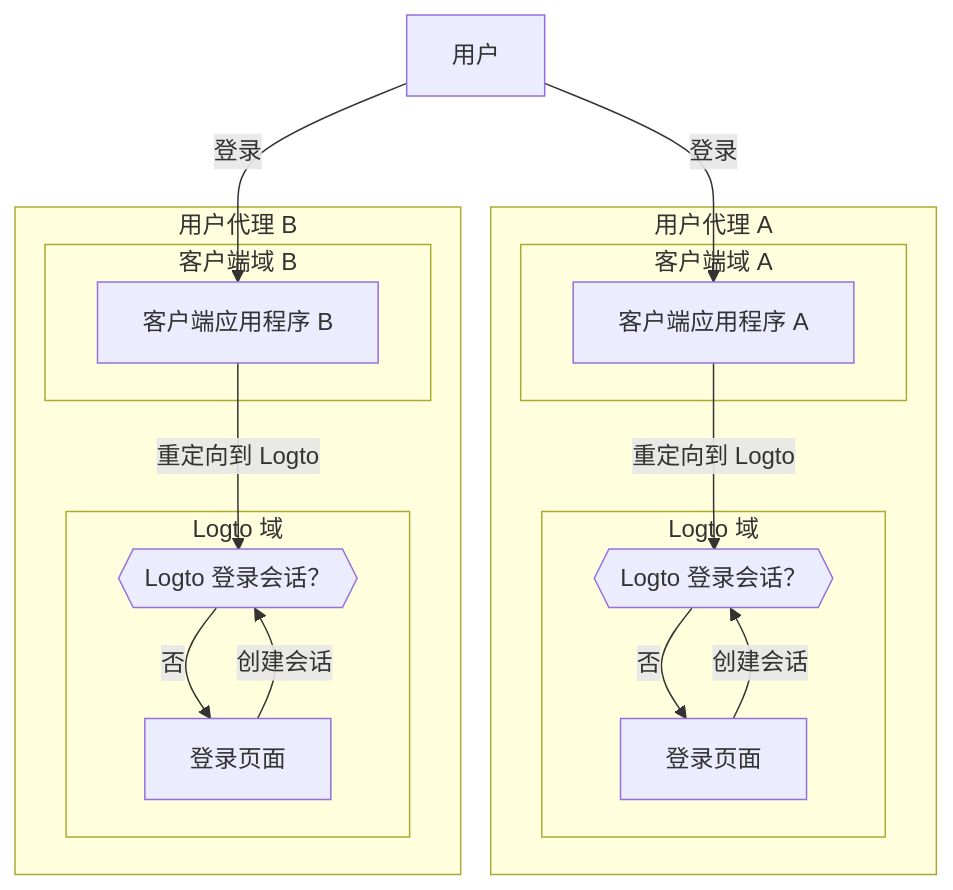
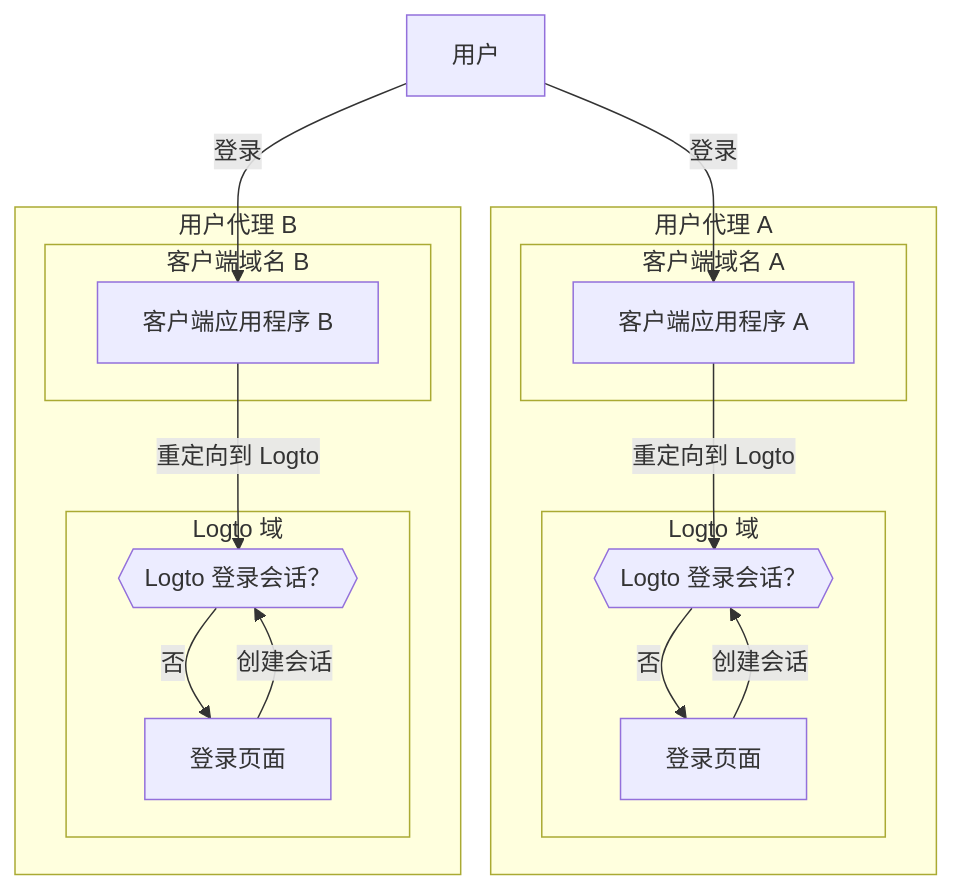
The third of 3 diagrams in i18n/zh-CN/docusaurus-plugin-content-docs/current/end-user-flows/sign-out.mdx (logto-io/docs), drawn with Mermaid before and after one commit. The commit also changed other lines of this file and 137 other files, not shown here.

````diff
--- a/i18n/zh-CN/docusaurus-plugin-content-docs/current/end-user-flows/sign-out.mdx
+++ b/i18n/zh-CN/docusaurus-plugin-content-docs/current/end-user-flows/sign-out.mdx
@@ -89,35 +89,35 @@
    ```mermaid
     flowchart TD
     U[用户]
 
     subgraph DeviceA [用户代理 A]
-      subgraph Layer1 [客户端域 A]
+      subgraph Layer1 [客户端域名 A]
         A[客户端应用程序 A]
       end
 
       subgraph Layer2 [Logto 域]
           C{{Logto 登录会话？}}
           D[登录页面]
       end
     end
 
     subgraph DeviceB [用户代理 B]
-      subgraph Layer3 [客户端域 B]
+      subgraph Layer3 [客户端域名 B]
         B[客户端应用程序 B]
       end
 
       subgraph Layer4 [Logto 域]
           E{{Logto 登录会话？}}
           F[登录页面]
       end
     end
 
     U --> |登录| A
     A --> |重定向到 Logto| C
     U --> |登录| B
     B --> |重定向到 Logto| E
     C --> |否| D
     E --> |否| F
     D --> |创建会话| C
     F --> |创建会话| E
    ```
````
